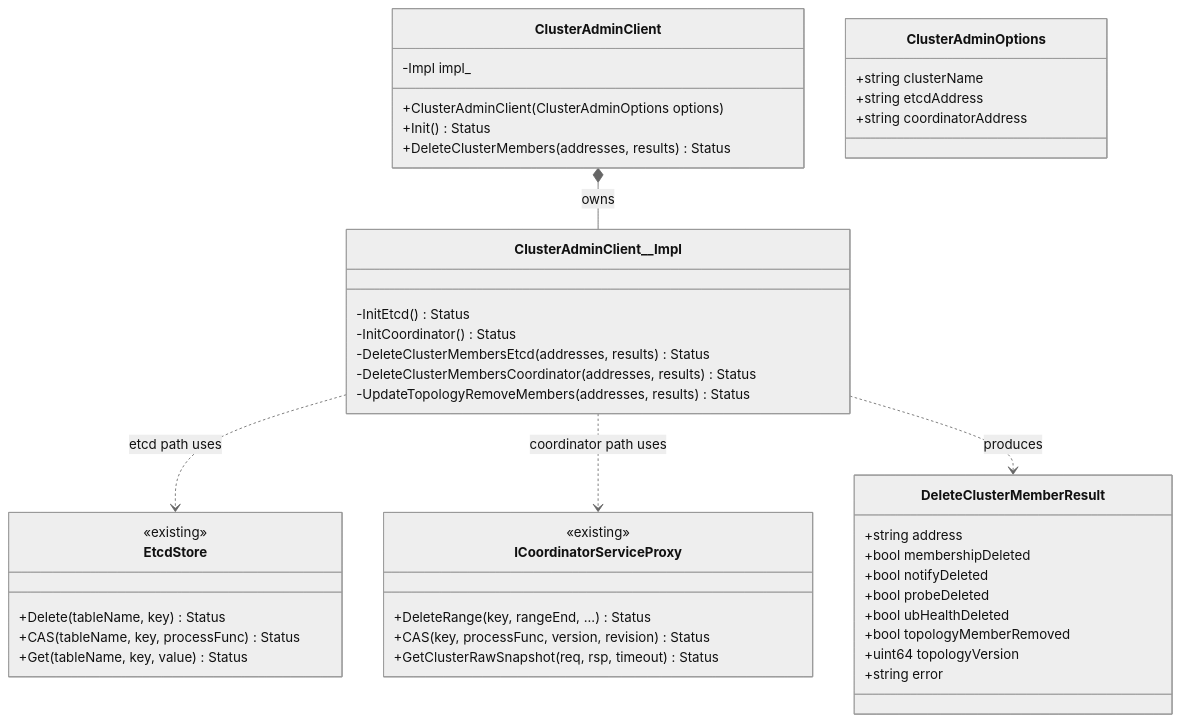
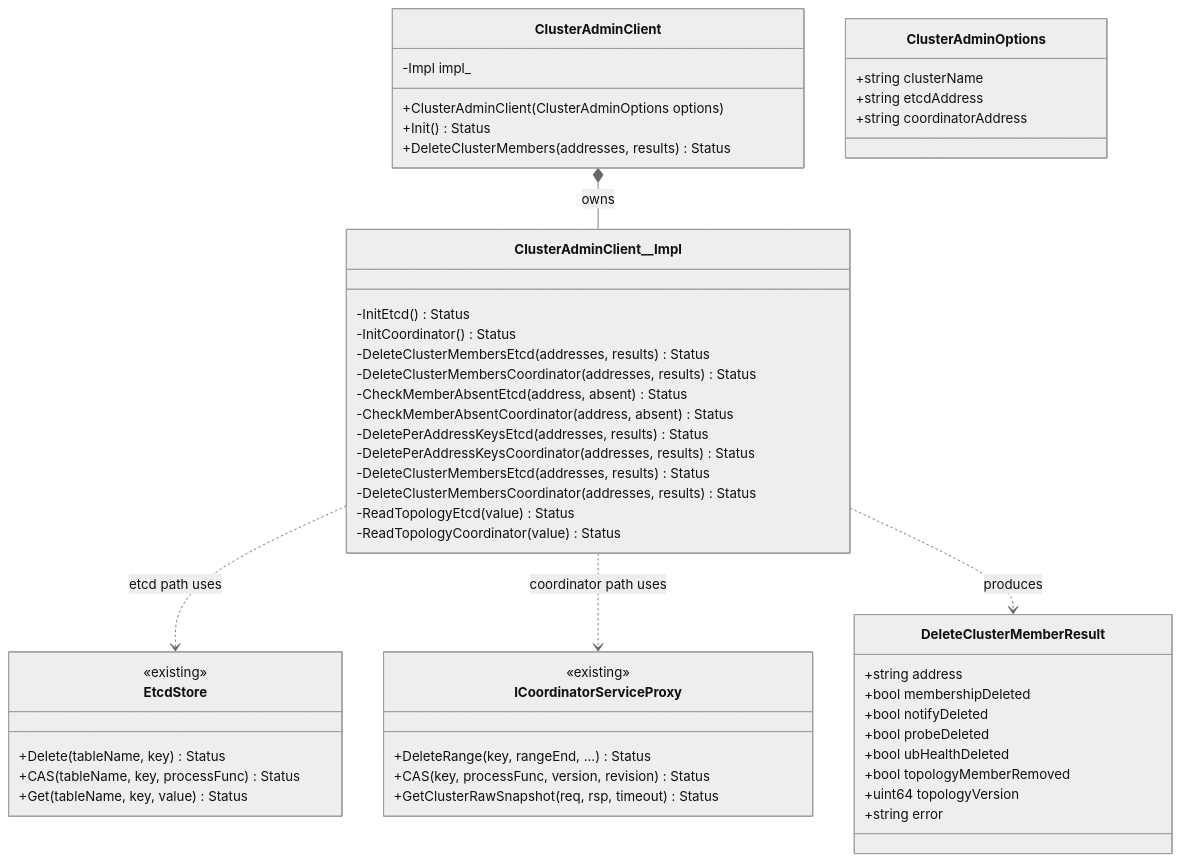
The third of 6 diagrams in docs/source_zh_cn/design_document/dscli_cluster_member_cleanup_detailed.md (openeuler-mirror/yuanrong-datasystem), drawn with Mermaid (neutral theme) before and after one commit. The commit also changed other lines of this file and 12 other files, not shown here.

````diff
--- a/docs/source_zh_cn/design_document/dscli_cluster_member_cleanup_detailed.md
+++ b/docs/source_zh_cn/design_document/dscli_cluster_member_cleanup_detailed.md
@@ -121,47 +121,54 @@
 ```mermaid
 classDiagram
     class ClusterAdminClient {
         +ClusterAdminClient(ClusterAdminOptions options)
         +Init() Status
         +DeleteClusterMembers(addresses, results) Status
         -Impl impl_
     }
     class ClusterAdminOptions {
         +string clusterName
         +string etcdAddress
         +string coordinatorAddress
     }
     class ClusterAdminClient__Impl {
         -InitEtcd() Status
         -InitCoordinator() Status
         -DeleteClusterMembersEtcd(addresses, results) Status
         -DeleteClusterMembersCoordinator(addresses, results) Status
-        -UpdateTopologyRemoveMembers(addresses, results) Status
+        -CheckMemberAbsentEtcd(address, absent) Status
+        -CheckMemberAbsentCoordinator(address, absent) Status
+        -DeletePerAddressKeysEtcd(addresses, results) Status
+        -DeletePerAddressKeysCoordinator(addresses, results) Status
+        -DeleteClusterMembersEtcd(addresses, results) Status
+        -DeleteClusterMembersCoordinator(addresses, results) Status
+        -ReadTopologyEtcd(value) Status
+        -ReadTopologyCoordinator(value) Status
     }
     class DeleteClusterMemberResult {
         +string address
         +bool membershipDeleted
         +bool notifyDeleted
         +bool probeDeleted
         +bool ubHealthDeleted
         +bool topologyMemberRemoved
         +uint64 topologyVersion
         +string error
     }
     class EtcdStore {
         <<existing>>
         +Delete(tableName, key) Status
         +CAS(tableName, key, processFunc) Status
         +Get(tableName, key, value) Status
     }
     class ICoordinatorServiceProxy {
         <<existing>>
         +DeleteRange(key, rangeEnd, ...) Status
         +CAS(key, processFunc, version, revision) Status
         +GetClusterRawSnapshot(req, rsp, timeout) Status
     }
     ClusterAdminClient *-- ClusterAdminClient__Impl : owns
     ClusterAdminClient__Impl ..> EtcdStore : etcd path uses
     ClusterAdminClient__Impl ..> ICoordinatorServiceProxy : coordinator path uses
     ClusterAdminClient__Impl ..> DeleteClusterMemberResult : produces
 ```
````
